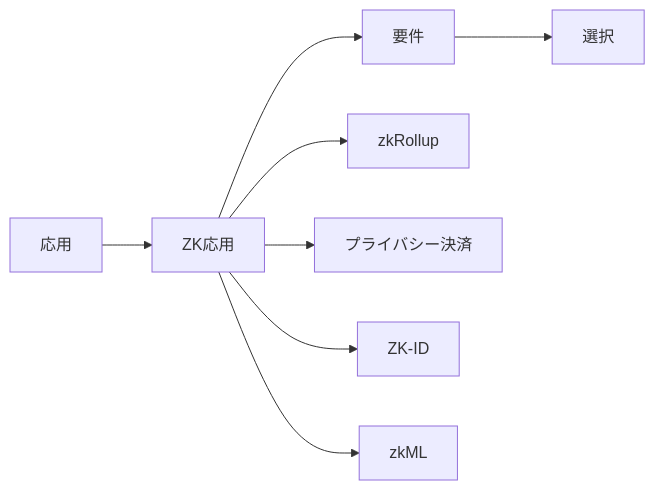
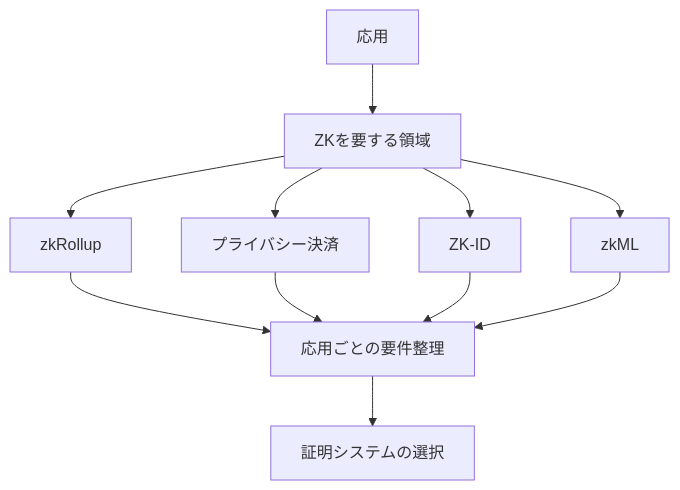
The fourth of 4 diagrams in articles/zkp-03-non-interactive.md (kkuejo/ZKP), drawn with Mermaid before and after one commit. The commit also changed other lines of this file and 2 other files, not shown here.

Commit message:
ZKP03の修正と04のアップロード

````diff
--- a/articles/zkp-03-non-interactive.md
+++ b/articles/zkp-03-non-interactive.md
@@ -292,16 +299,22 @@
 ```mermaid
-flowchart LR
+flowchart TD
     App[応用]
-    ZKapp[ZK応用]
-    Req[要件]
-    Choice[選択]
-    
+    ZKapp[ZKを要する領域]
+    zkRollup[zkRollup]
+    zkPayment[プライバシー決済]
+    zkIdentity[ZK-ID]
+    zkML[zkML]
+    Req[応用ごとの要件整理]
+    Choice[証明システムの選択]
+
     App --> ZKapp
-    ZKapp --> Req
+    ZKapp --> zkRollup
+    ZKapp --> zkPayment
+    ZKapp --> zkIdentity
+    ZKapp --> zkML
+    zkRollup --> Req
+    zkPayment --> Req
+    zkIdentity --> Req
+    zkML --> Req
     Req --> Choice
-    
-    ZKapp --> zkRollup[zkRollup]
-    ZKapp --> zkPayment[プライバシー決済]
-    ZKapp --> zkIdentity[ZK-ID]
-    ZKapp --> zkML[zkML]
 ```
````
